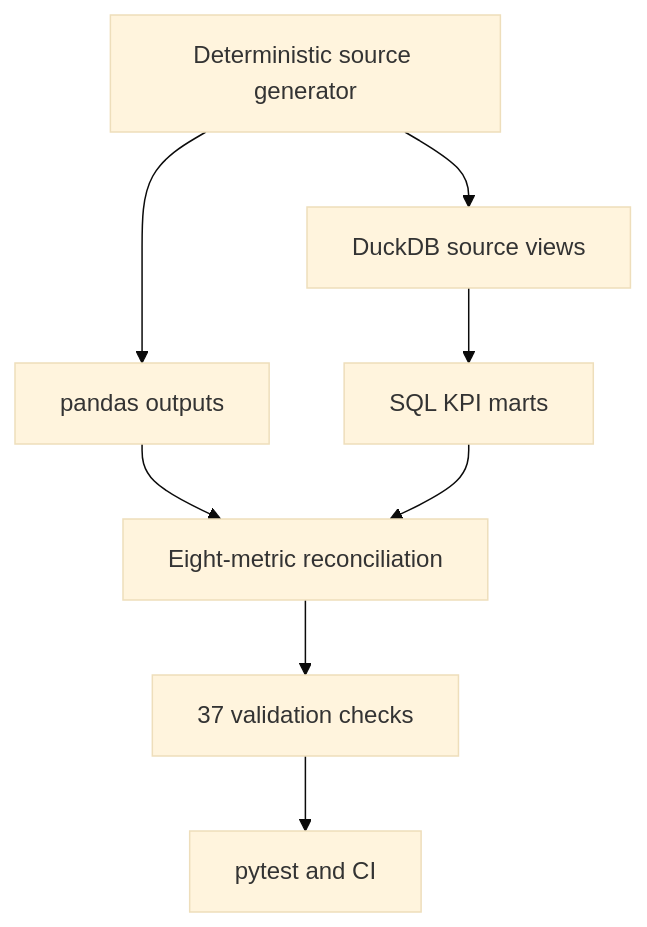
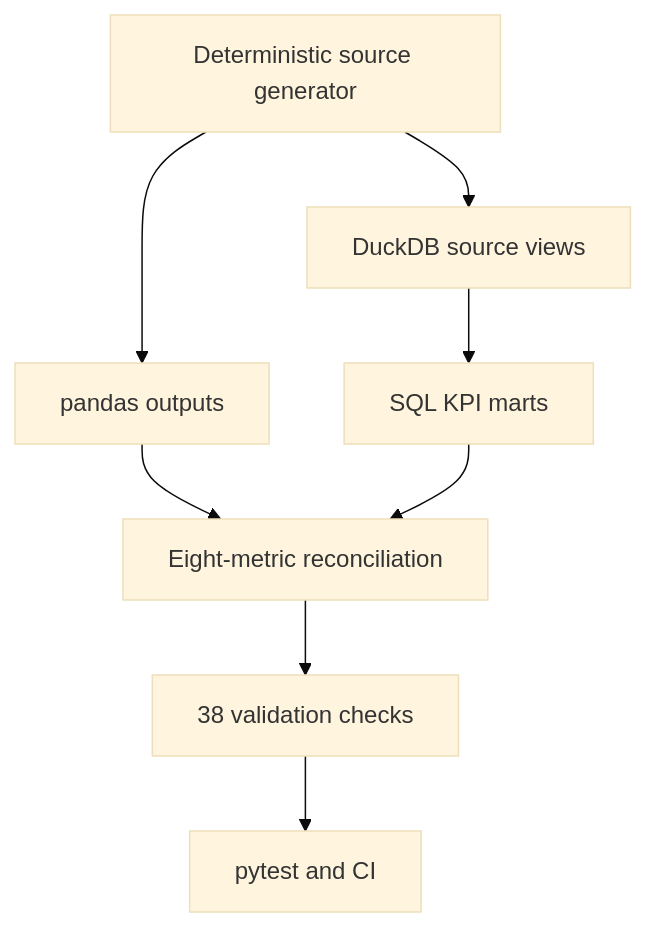
The diagram in docs/control_tower_validation.md (net421/supply-chain-operations-control-tower), drawn with Mermaid (base theme) before and after one commit. The commit also changed other lines of this file and 8 other files, not shown here.

````diff
--- a/docs/control_tower_validation.md
+++ b/docs/control_tower_validation.md
@@ -8,10 +8,10 @@
 ```mermaid
 flowchart TD
     G["Deterministic source generator"] --> P["pandas outputs"]
     G --> D["DuckDB source views"]
     D --> M["SQL KPI marts"]
     P --> R["Eight-metric reconciliation"]
     M --> R
-    R --> V["37 validation checks"]
+    R --> V["38 validation checks"]
     V --> T["pytest and CI"]
 ```
````
